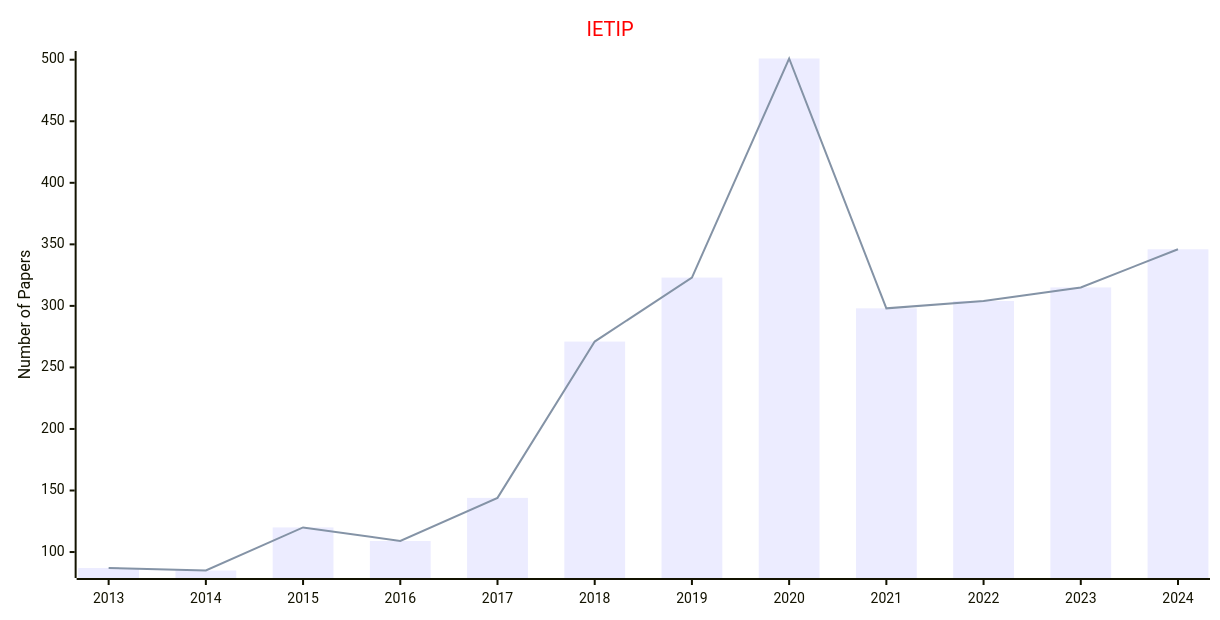
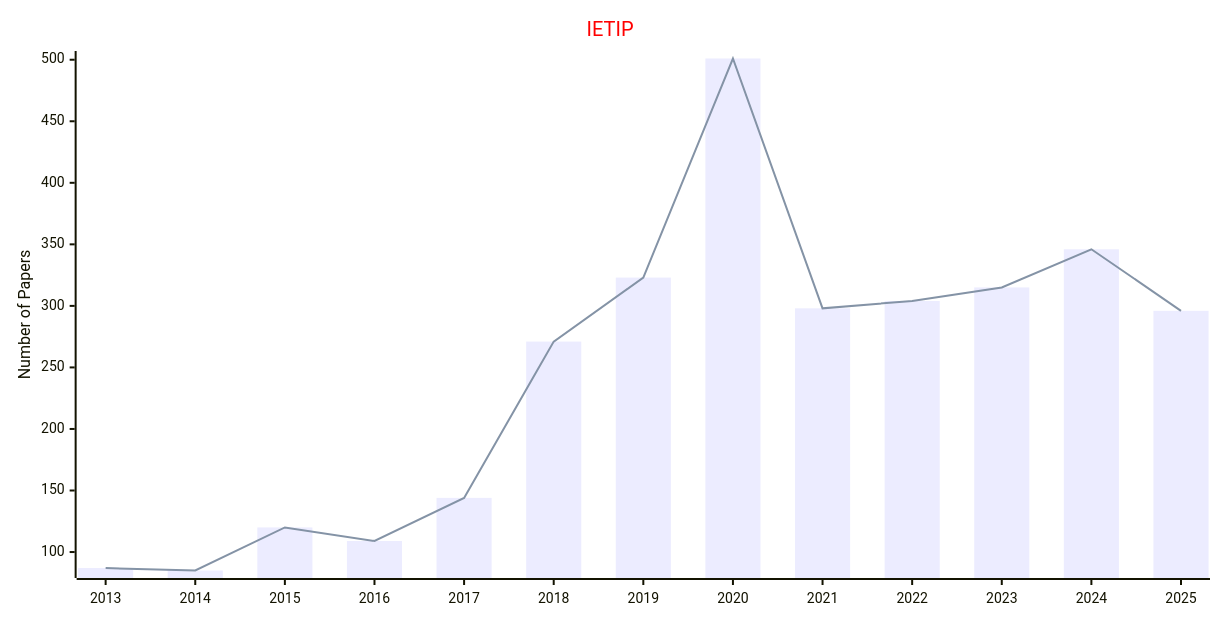
Before and after one commit to Easy-PhD/AILinks: the third of 3 diagrams in docs/data/Journals/Statistics_Journals/Image_Processing.md, drawn with Mermaid. The commit also changed other lines of this file and 107 other files, not shown here.

````diff
--- a/docs/data/Journals/Statistics_Journals/Image_Processing.md
+++ b/docs/data/Journals/Statistics_Journals/Image_Processing.md
@@ -57,17 +57,17 @@
 ```mermaid
 ---
 config:
     xyChart:
         width: 1200
         height: 600
     themeVariables:
         xyChart:
             titleColor: "#ff0000"
 ---
 xychart-beta
     title "IETIP"
-    x-axis [2013, 2014, 2015, 2016, 2017, 2018, 2019, 2020, 2021, 2022, 2023, 2024]
+    x-axis [2013, 2014, 2015, 2016, 2017, 2018, 2019, 2020, 2021, 2022, 2023, 2024, 2025]
     y-axis "Number of Papers"
-    bar [87, 85, 120, 109, 144, 271, 323, 501, 298, 304, 315, 346]
-    line [87, 85, 120, 109, 144, 271, 323, 501, 298, 304, 315, 346]
+    bar [87, 85, 120, 109, 144, 271, 323, 501, 298, 304, 315, 346, 296]
+    line [87, 85, 120, 109, 144, 271, 323, 501, 298, 304, 315, 346, 296]
 ```
````
